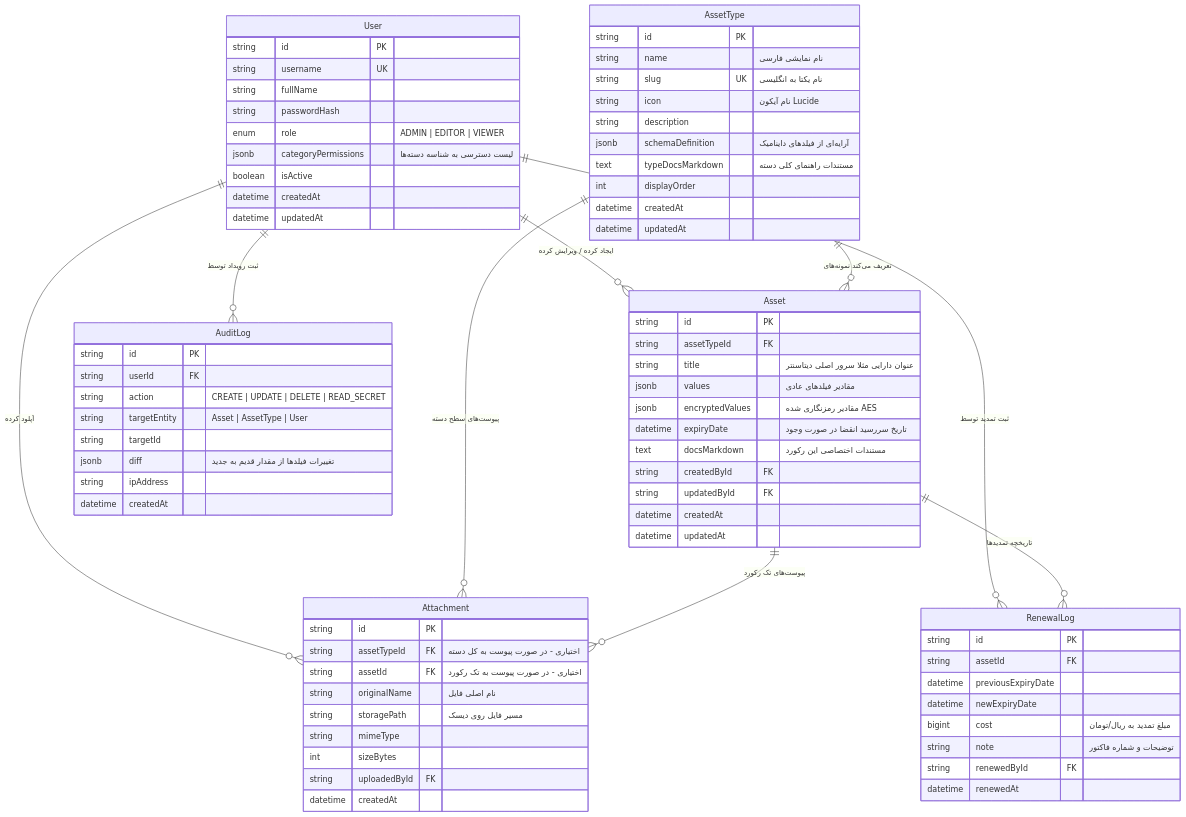
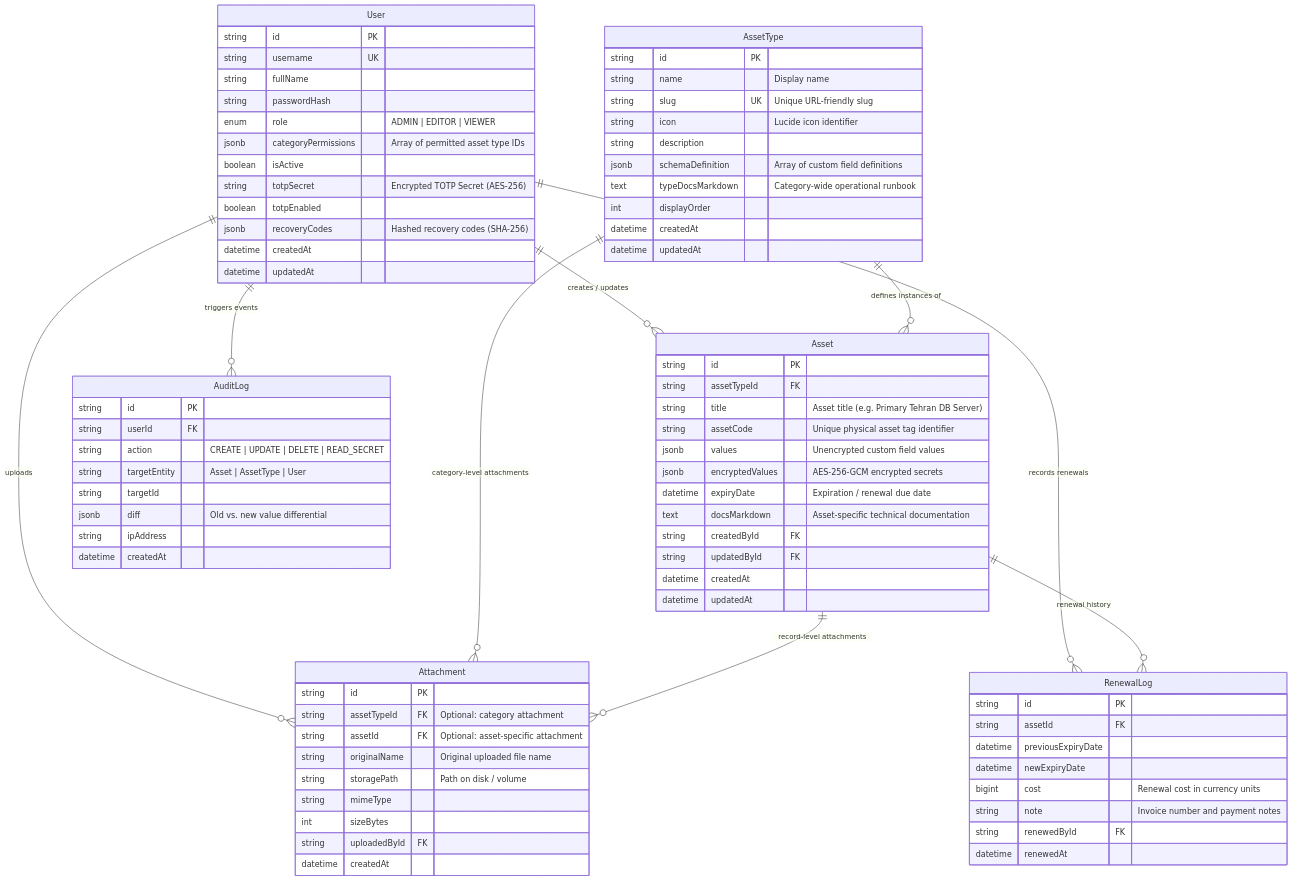
The diagram in docs/02-data-model-and-schema.md (mhdio64/daftar), drawn with Mermaid before and after one commit. The commit also changed other lines of this file and 8 other files, not shown here.

Commit message:
docs: translate all documentation and architecture specs to English

````diff
--- a/docs/02-data-model-and-schema.md
+++ b/docs/02-data-model-and-schema.md
@@ -9,15 +9,15 @@
 ```mermaid
 erDiagram
-    User ||--o{ Asset : "ایجاد کرده / ویرایش کرده"
-    User ||--o{ AuditLog : "ثبت رویداد توسط"
-    User ||--o{ RenewalLog : "ثبت تمدید توسط"
-    User ||--o{ Attachment : "آپلود کرده"
+    User ||--o{ Asset : "creates / updates"
+    User ||--o{ AuditLog : "triggers events"
+    User ||--o{ RenewalLog : "records renewals"
+    User ||--o{ Attachment : "uploads"
     
-    AssetType ||--o{ Asset : "تعریف می‌کند نمونه‌های"
-    AssetType ||--o{ Attachment : "پیوست‌های سطح دسته"
+    AssetType ||--o{ Asset : "defines instances of"
+    AssetType ||--o{ Attachment : "category-level attachments"
     
-    Asset ||--o{ Attachment : "پیوست‌های تک رکورد"
-    Asset ||--o{ RenewalLog : "تاریخچه تمدیدها"
+    Asset ||--o{ Attachment : "record-level attachments"
+    Asset ||--o{ RenewalLog : "renewal history"
     
     User {
         string id PK
@@ -25,20 +25,23 @@
         string fullName
         string passwordHash
         enum role "ADMIN | EDITOR | VIEWER"
-        jsonb categoryPermissions "لیست دسترسی به شناسه دسته‌ها"
+        jsonb categoryPermissions "Array of permitted asset type IDs"
         boolean isActive
+        string totpSecret "Encrypted TOTP Secret (AES-256)"
+        boolean totpEnabled
+        jsonb recoveryCodes "Hashed recovery codes (SHA-256)"
         datetime createdAt
         datetime updatedAt
     }
 
     AssetType {
         string id PK
-        string name "نام نمایشی فارسی"
-        string slug UK "نام یکتا به انگلیسی"
-        string icon "نام آیکون Lucide"
+        string name "Display name"
+        string slug UK "Unique URL-friendly slug"
+        string icon "Lucide icon identifier"
         string description
-        jsonb schemaDefinition "آرایه‌ای از فیلدهای داینامیک"
-        text typeDocsMarkdown "مستندات راهنمای کلی دسته"
+        jsonb schemaDefinition "Array of custom field definitions"
+        text typeDocsMarkdown "Category-wide operational runbook"
         int displayOrder
         datetime createdAt
         datetime updatedAt
@@ -47,11 +50,12 @@
     Asset {
         string id PK
         string assetTypeId FK
-        string title "عنوان دارایی مثلا سرور اصلی دیتاسنتر"
-        jsonb values "مقادیر فیلدهای عادی"
-        jsonb encryptedValues "مقادیر رمزنگاری شده AES"
-        datetime expiryDate "تاریخ سررسید انقضا در صورت وجود"
-        text docsMarkdown "مستندات اختصاصی این رکورد"
+        string title "Asset title (e.g. Primary Tehran DB Server)"
+        string assetCode "Unique physical asset tag identifier"
+        jsonb values "Unencrypted custom field values"
+        jsonb encryptedValues "AES-256-GCM encrypted secrets"
+        datetime expiryDate "Expiration / renewal due date"
+        text docsMarkdown "Asset-specific technical documentation"
         string createdById FK
         string updatedById FK
         datetime createdAt
@@ -60,10 +64,10 @@
 
     Attachment {
         string id PK
-        string assetTypeId FK "اختیاری - در صورت پیوست به کل دسته"
-        string assetId FK "اختیاری - در صورت پیوست به تک رکورد"
-        string originalName "نام اصلی فایل"
-        string storagePath "مسیر فایل روی دیسک"
+        string assetTypeId FK "Optional: category attachment"
+        string assetId FK "Optional: asset-specific attachment"
+        string originalName "Original uploaded file name"
+        string storagePath "Path on disk / volume"
         string mimeType
         int sizeBytes
         string uploadedById FK
@@ -76,7 +80,7 @@
         string action "CREATE | UPDATE | DELETE | READ_SECRET"
         string targetEntity "Asset | AssetType | User"
         string targetId
-        jsonb diff "تغییرات فیلدها از مقدار قدیم به جدید"
+        jsonb diff "Old vs. new value differential"
         string ipAddress
         datetime createdAt
     }
@@ -86,8 +90,8 @@
         string assetId FK
         datetime previousExpiryDate
         datetime newExpiryDate
-        bigint cost "مبلغ تمدید به ریال/تومان"
-        string note "توضیحات و شماره فاکتور"
+        bigint cost "Renewal cost in currency units"
+        string note "Invoice number and payment notes"
         string renewedById FK
         datetime renewedAt
     }
````
